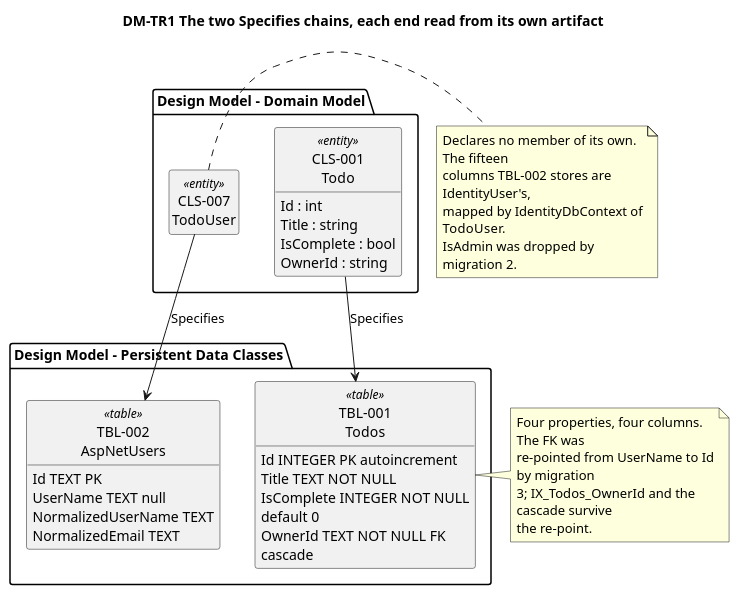
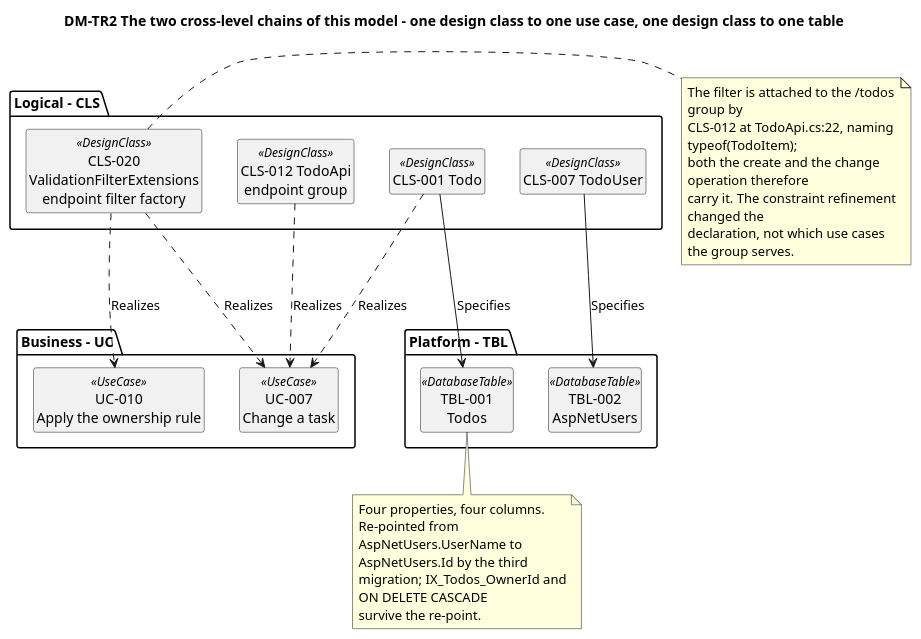
Before and after one commit to banense-test/TodoApp: diagram 21 of 21 in docs/artifacts/analysis---design/design-model.md, drawn with PlantUML. The commit also changed other lines of this file, not shown here.

Commit message:
Designer [Consolidation2]: upsert Design Model
[skip ci]

````diff
--- a/docs/artifacts/analysis---design/design-model.md
+++ b/docs/artifacts/analysis---design/design-model.md
@@ -2529,55 +2531,51 @@
 ```plantuml
 @startuml
-title DM-TR1 The two Specifies chains, each end read from its own artifact
+title DM-TR2 The two cross-level chains of this model - one design class to one use case, one design class to one table
 
 skinparam shadowing false
 skinparam classAttributeIconSize 0
-skinparam wrapWidth 210
+skinparam wrapWidth 220
 hide circle
 hide empty members
 
-package "Design Model - Domain Model" {
-  class "CLS-001\nTodo" as C1 <<entity>> {
-    Id : int
-    Title : string
-    IsComplete : bool
-    OwnerId : string
-  }
-  class "CLS-007\nTodoUser" as C7 <<entity>> {
-  }
+package "Business - UC" {
+  class "UC-007\nChange a task" as U7 <<UseCase>>
+  class "UC-010\nApply the ownership rule" as U10 <<UseCase>>
 }
 
-package "Design Model - Persistent Data Classes" {
-  class "TBL-001\nTodos" as T1 <<table>> {
-    Id INTEGER PK autoincrement
-    Title TEXT NOT NULL
-    IsComplete INTEGER NOT NULL default 0
-    OwnerId TEXT NOT NULL FK cascade
-  }
-  class "TBL-002\nAspNetUsers" as T2 <<table>> {
-    Id TEXT PK
-    UserName TEXT null
-    NormalizedUserName TEXT
-    NormalizedEmail TEXT
-  }
+package "Logical - CLS" {
+  class "CLS-012 TodoApi\nendpoint group" as C12 <<DesignClass>>
+  class "CLS-020 ValidationFilterExtensions\nendpoint filter factory" as C20 <<DesignClass>>
+  class "CLS-001 Todo" as C1 <<DesignClass>>
+  class "CLS-007 TodoUser" as C7 <<DesignClass>>
 }
 
-C1 --> T1 : Specifies
-C7 --> T2 : Specifies
+package "Platform - TBL" {
+  class "TBL-001\nTodos" as T1 <<DatabaseTable>>
+  class "TBL-002\nAspNetUsers" as T2 <<DatabaseTable>>
+}
 
-note right of C7
-  Declares no member of its own. The fifteen
-  columns TBL-002 stores are IdentityUser's,
-  mapped by IdentityDbContext of TodoUser.
-  IsAdmin was dropped by migration 2.
+C12 ..> U7 : Realizes
+C20 ..> U7 : Realizes
+C20 ..> U10 : Realizes
+C1 ..> U7 : Realizes
+C1 ==> T1 : Specifies
+C7 ==> T2 : Specifies
+
+note right of C20
+  The filter is attached to the /todos group by
+  CLS-012 at TodoApi.cs:22, naming typeof(TodoItem);
+  both the create and the change operation therefore
+  carry it. The constraint refinement changed the
+  declaration, not which use cases the group serves.
 end note
 
-note right of T1
-  Four properties, four columns. The FK was
-  re-pointed from UserName to Id by migration
-  3; IX_Todos_OwnerId and the cascade survive
-  the re-point.
+note bottom of T1
+  Four properties, four columns. Re-pointed from
+  AspNetUsers.UserName to AspNetUsers.Id by the third
+  migration; IX_Todos_OwnerId and ON DELETE CASCADE
+  survive the re-point.
 end note
 
 @enduml
 ```
````
